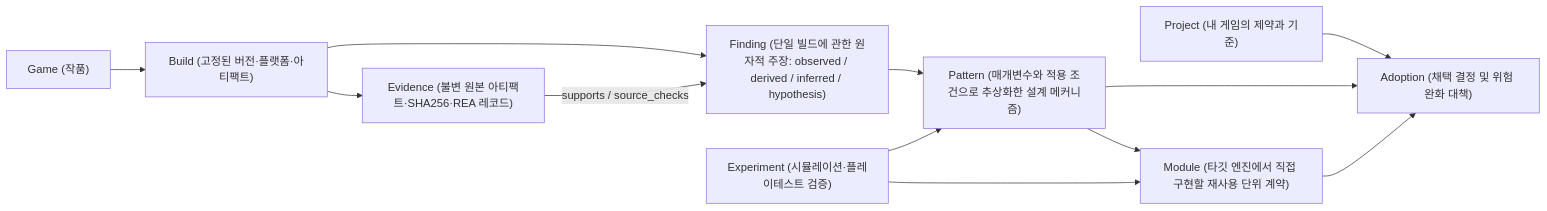
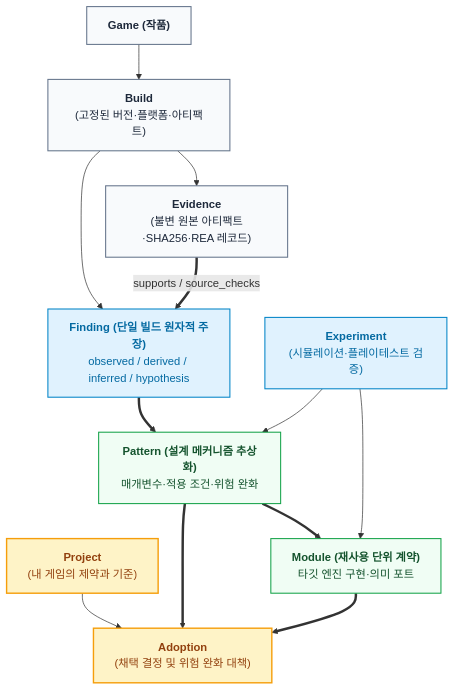
One commit to tomato-vault/tomato-vault.github.io changed the diagram in _posts/tech/ontology-engineering/8 명작 게임의 손맛을 온톨로지로 해부한다는 것, 관찰된 증거와 추론의 분리.md. Above: the diagram before and after it, drawn with Mermaid. The commit also changed 19 other files, not shown here.

First line of the commit message:
Refactor ontology engineering documentation with enhanced diagrams and clarity

````diff
--- a/_posts/tech/ontology-engineering/8 명작 게임의 손맛을 온톨로지로 해부한다는 것, 관찰된 증거와 추론의 분리.md
+++ b/_posts/tech/ontology-engineering/8 명작 게임의 손맛을 온톨로지로 해부한다는 것, 관찰된 증거와 추론의 분리.md
@@ -26,14 +26,17 @@
 ```mermaid
-flowchart LR
-    G["Game (작품)"] --> B["Build (고정된 버전·플랫폼·아티팩트)"]
-    B --> E["Evidence (불변 원본 아티팩트·SHA256·REA 레코드)"]
-    B --> F["Finding (단일 빌드에 관한 원자적 주장: observed / derived / inferred / hypothesis)"]
-    E -->|"supports / source_checks"| F
-    F --> P["Pattern (매개변수와 적용 조건으로 추상화한 설계 메커니즘)"]
-    P --> M["Module (타깃 엔진에서 직접 구현할 재사용 단위 계약)"]
-    EXP["Experiment (시뮬레이션·플레이테스트 검증)"] --> P
-    EXP --> M
-    PRJ["Project (내 게임의 제약과 기준)"] --> ADP["Adoption (채택 결정 및 위험 완화 대책)"]
-    P --> ADP
-    M --> ADP
+flowchart TB
+    classDef evStyle fill:#f8fafc,stroke:#64748b,stroke-width:1.5px,color:#1e293b
+    classDef findStyle fill:#e0f2fe,stroke:#0284c7,stroke-width:1.5px,color:#0369a1
+    classDef patStyle fill:#f0fdf4,stroke:#16a34a,stroke-width:1.5px,color:#14532d
+    classDef adpStyle fill:#fef3c7,stroke:#f59e0b,stroke-width:2px,color:#92400e
+
+    G["<b>Game (작품)</b>"]:::evStyle --> B["<b>Build</b><br/>(고정된 버전·플랫폼·아티팩트)"]:::evStyle
+    B --> E["<b>Evidence</b><br/>(불변 원본 아티팩트·SHA256·REA 레코드)"]:::evStyle
+    B --> F["<b>Finding (단일 빌드 원자적 주장)</b><br/>observed / derived / inferred / hypothesis"]:::findStyle
+    E ==>|"supports / source_checks"| F
+    F ==> P["<b>Pattern (설계 메커니즘 추상화)</b><br/>매개변수·적용 조건·위험 완화"]:::patStyle
+    P ==> M["<b>Module (재사용 단위 계약)</b><br/>타깃 엔진 구현·의미 포트"]:::patStyle
+    EXP["<b>Experiment</b><br/>(시뮬레이션·플레이테스트 검증)"]:::findStyle --> P & M
+    PRJ["<b>Project</b><br/>(내 게임의 제약과 기준)"]:::adpStyle --> ADP["<b>Adoption</b><br/>(채택 결정 및 위험 완화 대책)"]:::adpStyle
+    P & M ==> ADP
 ```
````
